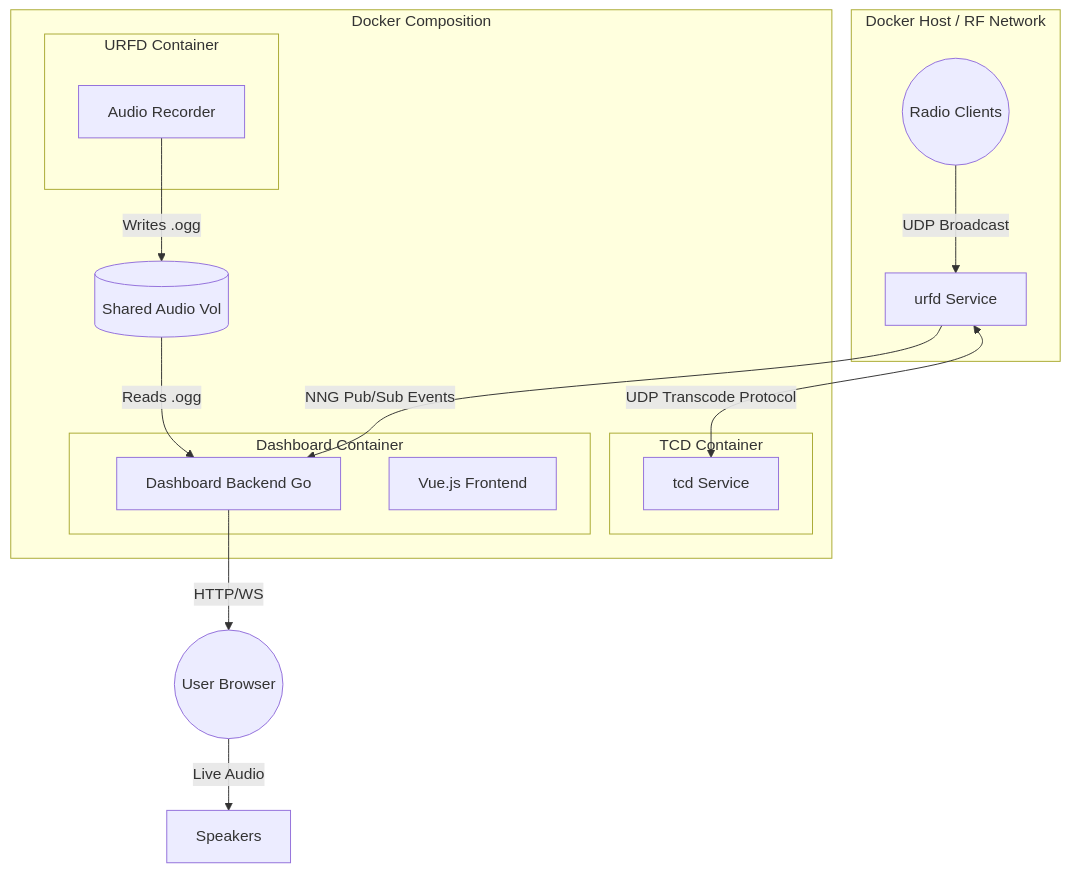
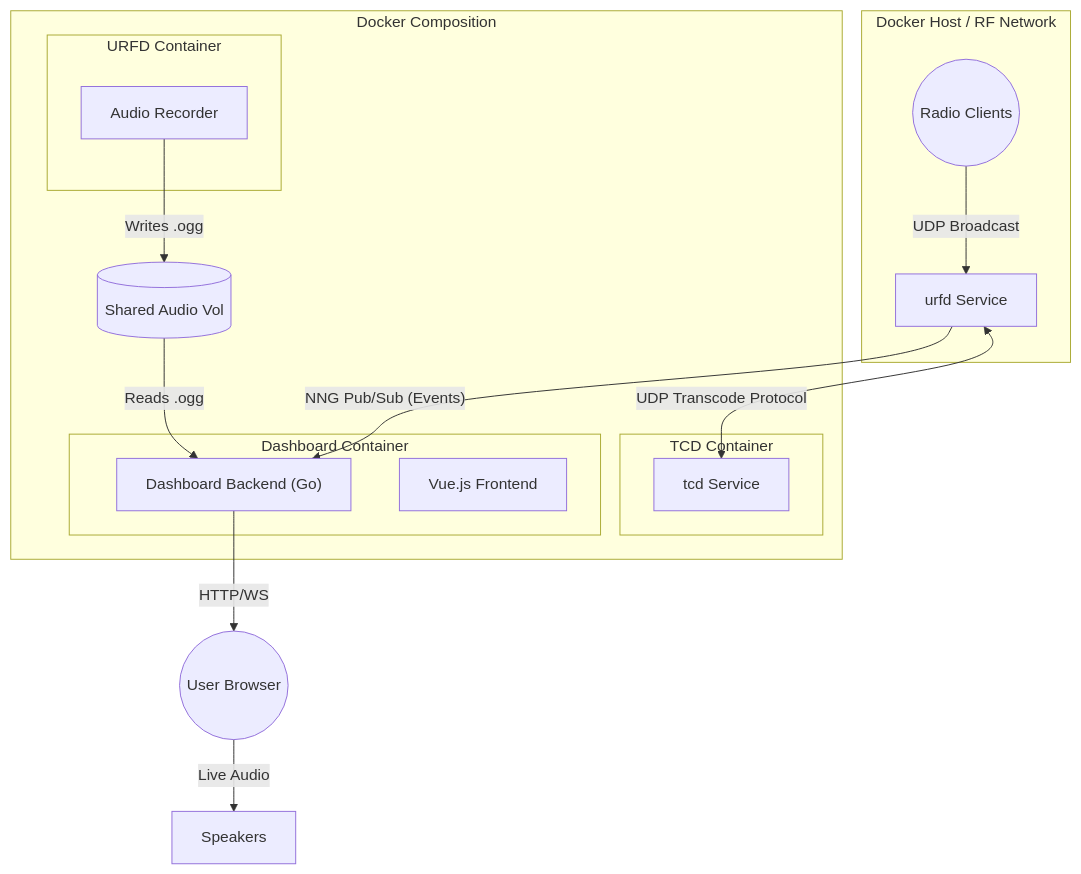
Before and after one commit to dbehnke/urfd-docker: the diagram in docs/diagrams/diagram_architecture.mmd, drawn with Mermaid. The commit also changed 8 other files, not shown here.

Commit message:
docs: fix mermaid syntax and embed pre-rendered images in PDF

```diff
--- a/docs/diagrams/diagram_architecture.mmd
+++ b/docs/diagrams/diagram_architecture.mmd
@@ -1,32 +1,32 @@
 graph TD
-    subgraph "Docker Host / RF Network"
-        Clients((Radio Clients)) -->|UDP Broadcast| URFD_Service
+    subgraph Docker Host / RF Network
+        Clients(("Radio Clients")) -->|"UDP Broadcast"| URFD_Service
     end
 
-    subgraph "Docker Composition"
-        subgraph "URFD Container"
-            URFD_Service[urfd Service]
-            AudioRec[Audio Recorder]
+    subgraph Docker Composition
+        subgraph URFD Container
+            URFD_Service["urfd Service"]
+            AudioRec["Audio Recorder"]
         end
 
-        subgraph "TCD Container"
-            TCD_Service[tcd Service]
+        subgraph TCD Container
+            TCD_Service["tcd Service"]
         end
 
-        subgraph "Dashboard Container"
-            Dash_Backend[Dashboard Backend Go]
-            Dash_Frontend[Vue.js Frontend]
+        subgraph Dashboard Container
+            Dash_Backend["Dashboard Backend (Go)"]
+            Dash_Frontend["Vue.js Frontend"]
         end
 
         %% IPC / Network
-        URFD_Service <-->|UDP Transcode Protocol| TCD_Service
-        URFD_Service -->|NNG Pub/Sub Events| Dash_Backend
+        URFD_Service <-->|"UDP Transcode Protocol"| TCD_Service
+        URFD_Service -->|"NNG Pub/Sub (Events)"| Dash_Backend
         
         %% Audio Pipeline
-        AudioRec -->|Writes .ogg| SharedVol[(Shared Audio Vol)]
-        SharedVol -->|Reads .ogg| Dash_Backend
+        AudioRec -->|"Writes .ogg"| SharedVol[("Shared Audio Vol")]
+        SharedVol -->|"Reads .ogg"| Dash_Backend
     end
 
     %% External Access
-    Dash_Backend -->|HTTP/WS| Browser((User Browser))
-    Browser -->|Live Audio| Speakers
+    Dash_Backend -->|"HTTP/WS"| Browser(("User Browser"))
+    Browser -->|"Live Audio"| Speakers
```
